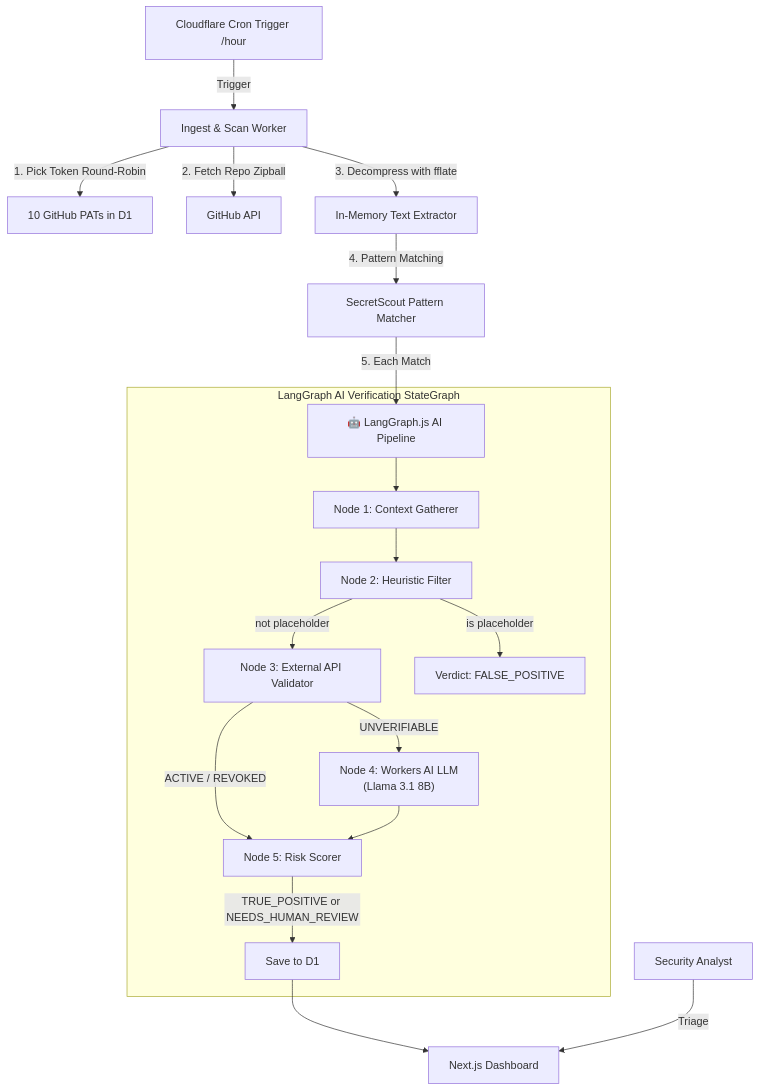
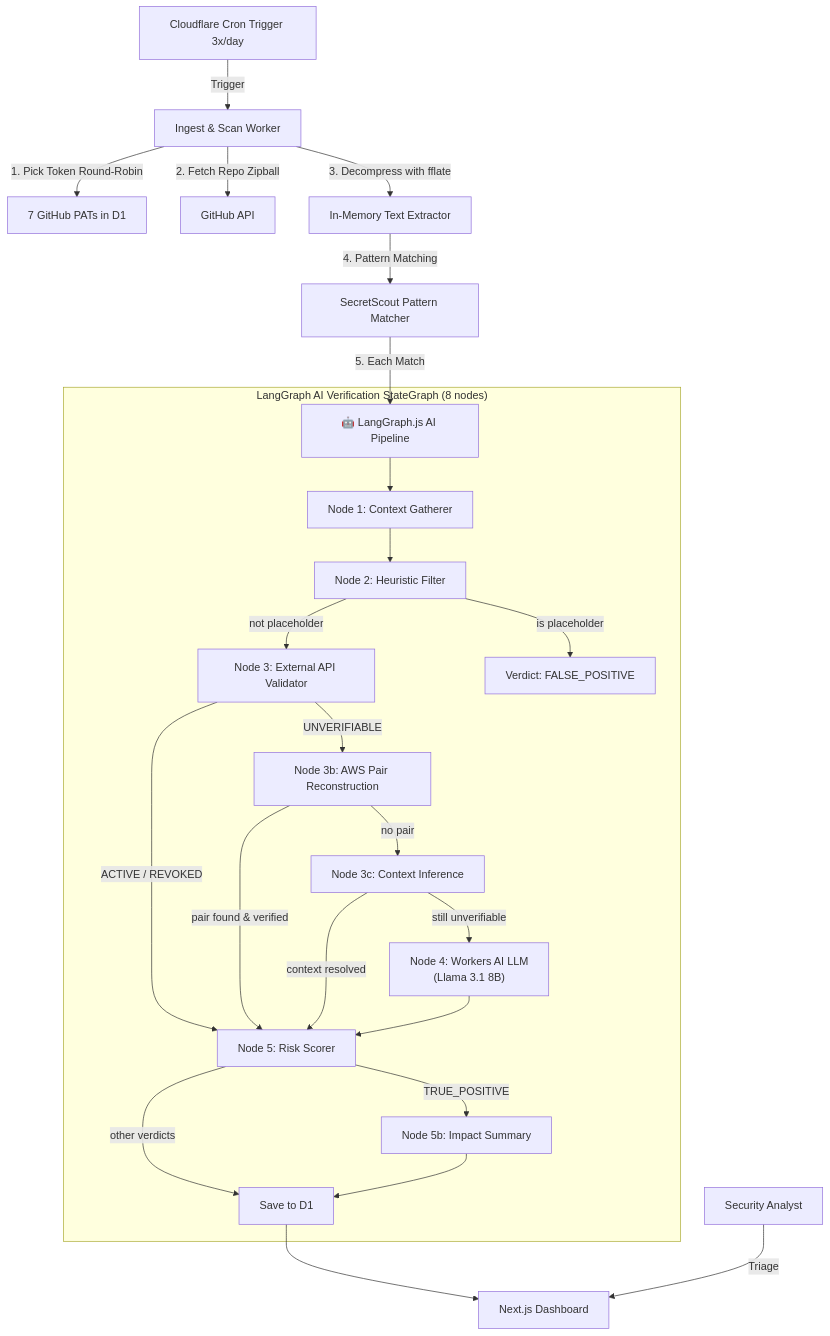
One commit to Teycir/RepoScout changed the diagram in README.md. Above: the diagram before and after it, drawn with Mermaid. The commit also changed other lines of this file and 4 other files, not shown here.

````diff
--- a/README.md
+++ b/README.md
@@ -206,23 +209,29 @@
 ```mermaid
 graph TD
-    Cron[Cloudflare Cron Trigger /hour] -->|Trigger| ScanWorker[Ingest & Scan Worker]
-    ScanWorker -->|1. Pick Token Round-Robin| TokenPool[10 GitHub PATs in D1]
+    Cron[Cloudflare Cron Trigger 3x/day] -->|Trigger| ScanWorker[Ingest & Scan Worker]
+    ScanWorker -->|1. Pick Token Round-Robin| TokenPool[7 GitHub PATs in D1]
     ScanWorker -->|2. Fetch Repo Zipball| GitHub[GitHub API]
     ScanWorker -->|3. Decompress with fflate| Extractor[In-Memory Text Extractor]
     Extractor -->|4. Pattern Matching| Matcher[SecretScout Pattern Matcher]
     Matcher -->|5. Each Match| LangGraph[🤖 LangGraph.js AI Pipeline]
 
-    subgraph "LangGraph AI Verification StateGraph"
+    subgraph "LangGraph AI Verification StateGraph (8 nodes)"
         LangGraph --> N1[Node 1: Context Gatherer]
         N1 --> N2[Node 2: Heuristic Filter]
         N2 -->|not placeholder| N3[Node 3: External API Validator]
         N2 -->|is placeholder| FP[Verdict: FALSE_POSITIVE]
         N3 -->|ACTIVE / REVOKED| N5[Node 5: Risk Scorer]
-        N3 -->|UNVERIFIABLE| N4["Node 4: Workers AI LLM<br/>(Llama 3.1 8B)"]
+        N3 -->|UNVERIFIABLE| N3b[Node 3b: AWS Pair Reconstruction]
+        N3b -->|pair found & verified| N5
+        N3b -->|no pair| N3c[Node 3c: Context Inference]
+        N3c -->|context resolved| N5
+        N3c -->|still unverifiable| N4["Node 4: Workers AI LLM<br/>(Llama 3.1 8B)"]
         N4 --> N5
-        N5 -->|TRUE_POSITIVE or NEEDS_HUMAN_REVIEW| Done[Save to D1]
+        N5 -->|TRUE_POSITIVE| N5b[Node 5b: Impact Summary]
+        N5 -->|other verdicts| Done[Save to D1]
+        N5b --> Done
     end
 
     Done --> Dashboard[Next.js Dashboard]
     Analyst[Security Analyst] -->|Triage| Dashboard
 ```
````
